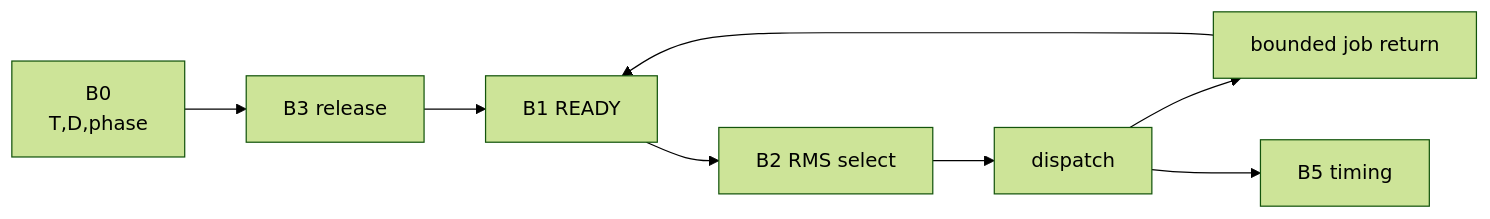
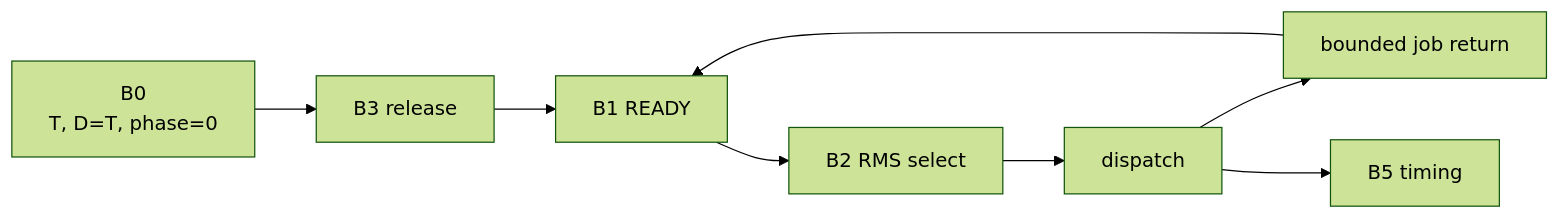
One commit to tumblewhead/arghtos changed the diagram in architecture/submodules/M0-periodic-domain.md. Above: the diagram before and after it, drawn with Mermaid (forest theme). The commit also changed other lines of this file, not shown here.

Commit message:
Align periodic submodule with synchronous D=T model

````diff
--- a/architecture/submodules/M0-periodic-domain.md
+++ b/architecture/submodules/M0-periodic-domain.md
@@ -23,10 +23,10 @@
 ```mermaid
 flowchart LR
-  CFG["B0<br/>T,D,phase"] --> TIME["B3 release"]
+  CFG["B0<br/>T, D=T, phase=0"] --> TIME["B3 release"]
   TIME --> STATE["B1 READY"]
   STATE --> POL["B2 RMS select"]
   POL --> RUN["dispatch"]
   RUN --> DONE["bounded job return"]
   DONE --> STATE
   RUN --> PROF["B5 timing"]
 ```
````
